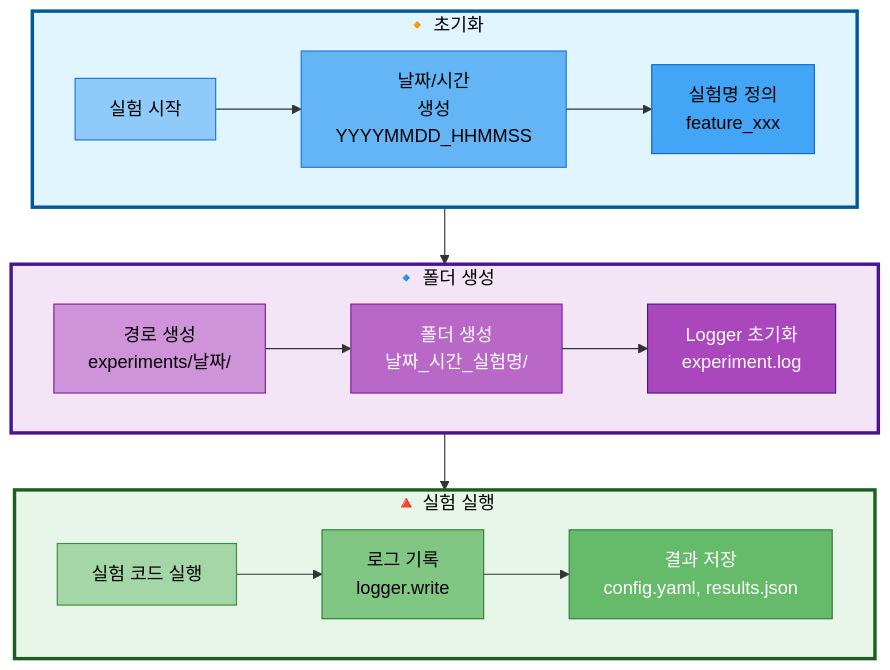
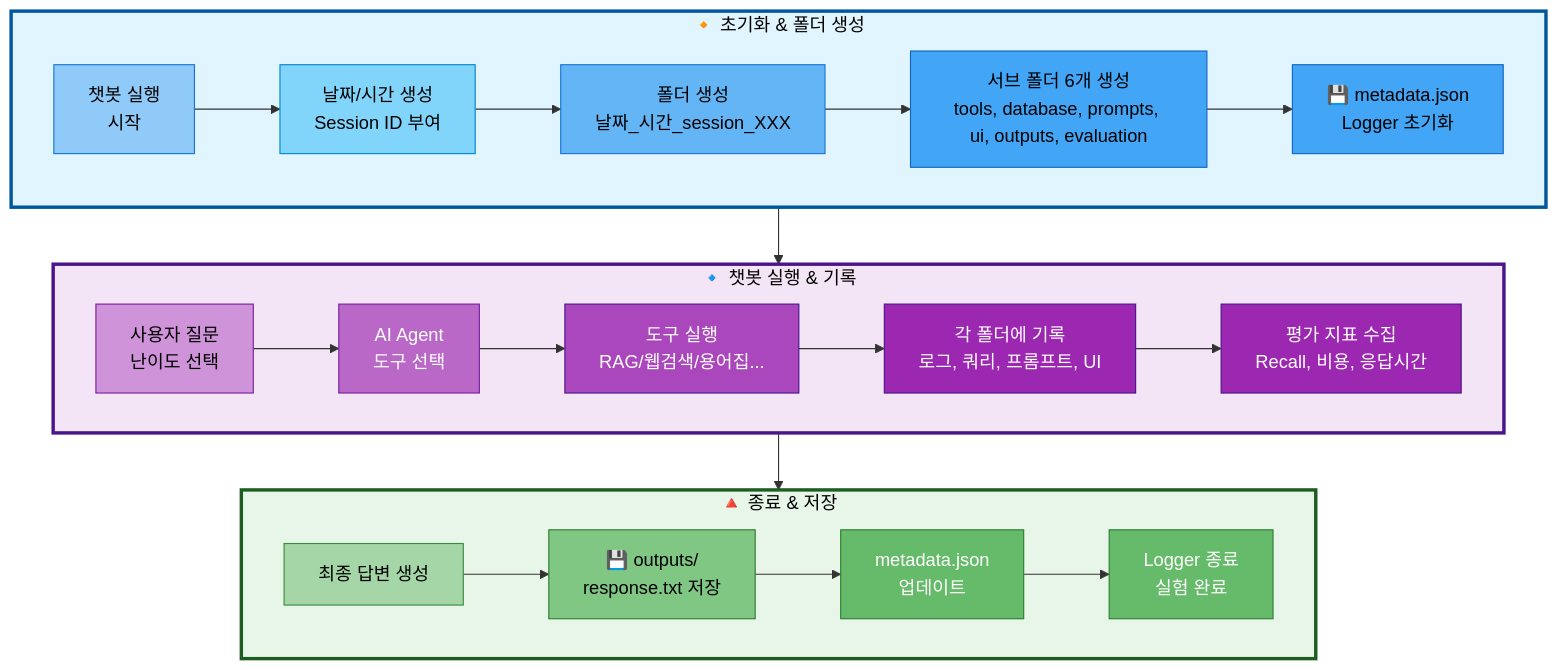
One commit to woghd8503/langchainproject-new-langchainproject_5 changed the diagram in docs/PRD/06_실험_추적_관리.md. Above: the diagram before and after it, drawn with Mermaid. The commit also changed other lines of this file, not shown here.

````diff
--- a/docs/PRD/06_실험_추적_관리.md
+++ b/docs/PRD/06_실험_추적_관리.md
@@ -14,39 +14,53 @@
 ```mermaid
 graph TB
-    subgraph Init["🔸 초기화"]
+    subgraph Init["🔸 초기화 & 폴더 생성"]
         direction LR
-        A[실험 시작] --> B[날짜/시간<br/>생성<br/>YYYYMMDD_HHMMSS]
-        B --> C[실험명 정의<br/>feature_xxx]
+        A[챗봇 실행<br/>시작] --> B[날짜/시간 생성<br/>Session ID 부여]
+        B --> C[폴더 생성<br/>날짜_시간_session_XXX]
+        C --> D[서브 폴더 6개 생성<br/>tools, database, prompts, ui, outputs, evaluation]
+        D --> E[💾 metadata.json<br/>Logger 초기화]
     end
 
-    subgraph Create["🔹 폴더 생성"]
+    subgraph Execute["🔹 챗봇 실행 & 기록"]
         direction LR
-        D[경로 생성<br/>experiments/날짜/] --> E[폴더 생성<br/>날짜_시간_실험명/]
-        E --> F[Logger 초기화<br/>experiment.log]
+        F[사용자 질문<br/>난이도 선택] --> G[AI Agent<br/>도구 선택]
+        G --> H[도구 실행<br/>RAG/웹검색/용어집...]
+        H --> I[각 폴더에 기록<br/>로그, 쿼리, 프롬프트, UI]
+        I --> J[평가 지표 수집<br/>Recall, 비용, 응답시간]
     end
 
-    subgraph Execute["🔺 실험 실행"]
+    subgraph Finish["🔺 종료 & 저장"]
         direction LR
-        G[실험 코드 실행] --> H[로그 기록<br/>logger.write]
-        H --> I[결과 저장<br/>config.yaml, results.json]
+        K[최종 답변 생성] --> L[💾 outputs/<br/>response.txt 저장]
+        L --> M[metadata.json<br/>업데이트]
+        M --> N[Logger 종료<br/>실험 완료]
     end
 
-    Init --> Create
-    Create --> Execute
+    Init --> Execute
+    Execute --> Finish
 
     %% Subgraph 스타일
     style Init fill:#e1f5ff,stroke:#01579b,stroke-width:3px,color:#000
-    style Create fill:#f3e5f5,stroke:#4a148c,stroke-width:3px,color:#000
-    style Execute fill:#e8f5e9,stroke:#1b5e20,stroke-width:3px,color:#000
+    style Execute fill:#f3e5f5,stroke:#4a148c,stroke-width:3px,color:#000
+    style Finish fill:#e8f5e9,stroke:#1b5e20,stroke-width:3px,color:#000
 
-    %% 노드 스타일
+    %% 노드 스타일 (초기화 - 파랑 계열)
     style A fill:#90caf9,stroke:#1976d2,color:#000
-    style B fill:#64b5f6,stroke:#1976d2,color:#000
-    style C fill:#42a5f5,stroke:#1565c0,color:#000
-    style D fill:#ce93d8,stroke:#7b1fa2,color:#000
-    style E fill:#ba68c8,stroke:#7b1fa2,color:#fff
-    style F fill:#ab47bc,stroke:#4a148c,color:#fff
-    style G fill:#a5d6a7,stroke:#388e3c,color:#000
-    style H fill:#81c784,stroke:#2e7d32,color:#000
-    style I fill:#66bb6a,stroke:#2e7d32,color:#fff
+    style B fill:#81d4fa,stroke:#0288d1,color:#000
+    style C fill:#64b5f6,stroke:#1976d2,color:#000
+    style D fill:#42a5f5,stroke:#1565c0,color:#000
+    style E fill:#42a5f5,stroke:#1565c0,color:#000
+
+    %% 노드 스타일 (실행 - 보라 계열)
+    style F fill:#ce93d8,stroke:#7b1fa2,color:#000
+    style G fill:#ba68c8,stroke:#7b1fa2,color:#fff
+    style H fill:#ab47bc,stroke:#4a148c,color:#fff
+    style I fill:#9c27b0,stroke:#4a148c,color:#fff
+    style J fill:#9c27b0,stroke:#4a148c,color:#fff
+
+    %% 노드 스타일 (종료 - 녹색 계열)
+    style K fill:#a5d6a7,stroke:#388e3c,color:#000
+    style L fill:#81c784,stroke:#2e7d32,color:#000
+    style M fill:#66bb6a,stroke:#2e7d32,color:#fff
+    style N fill:#66bb6a,stroke:#2e7d32,color:#fff
 ```
````
